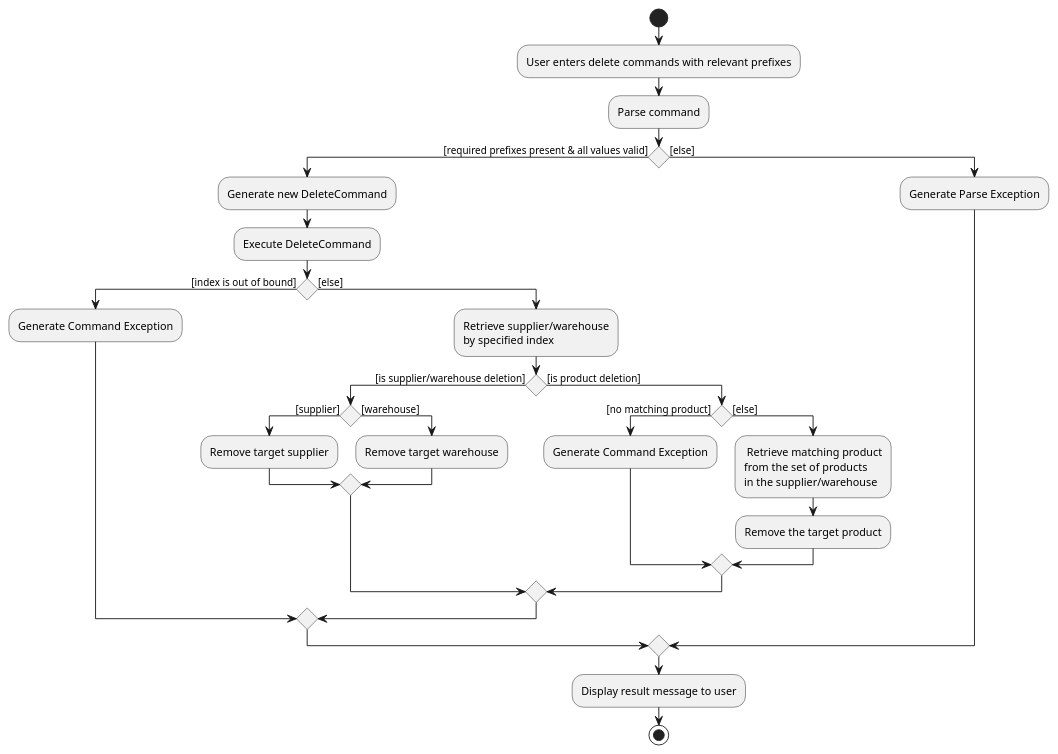
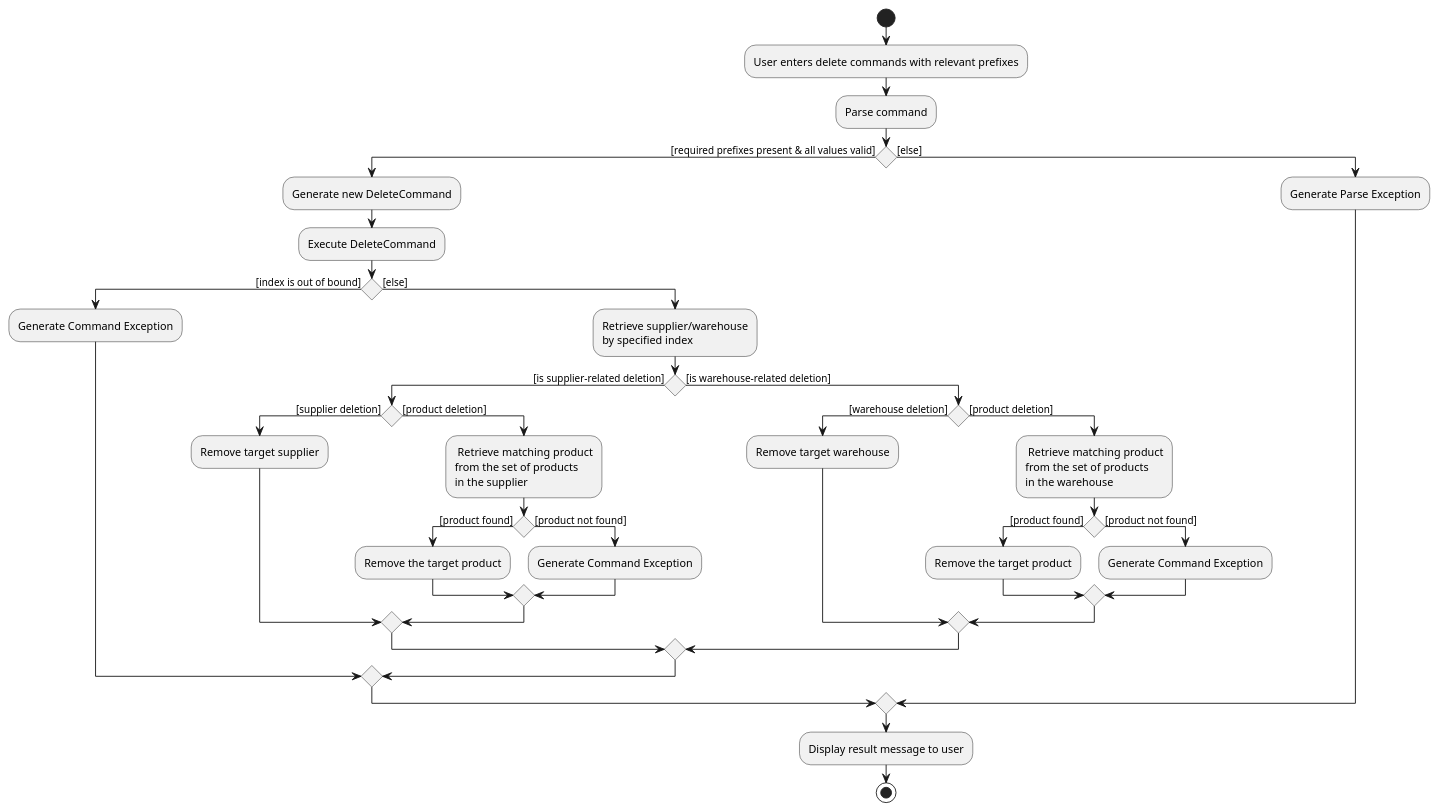
The diagram in docs/diagrams/DeleteCommandActivityDiagram.puml (tohyuting/tp), drawn with PlantUML before and after one commit. The commit also changed 4 other files, not shown here.

Commit message:
Update deleteCommand activity diagram

```diff
--- a/docs/diagrams/DeleteCommandActivityDiagram.puml
+++ b/docs/diagrams/DeleteCommandActivityDiagram.puml
@@ -1,40 +1,51 @@
 @startuml
 start
 :User enters delete commands with relevant prefixes;
 :Parse command;
 
 'Since the beta syntax does not support placing the condition outside the
 'diamond we place it as the true branch instead.
 
 if () then ([required prefixes present & all values valid])
     :Generate new DeleteCommand;
     :Execute DeleteCommand;
     if () then ([index is out of bound])
         :Generate Command Exception;
 
     else ([else])
         :Retrieve supplier/warehouse
         by specified index;
-        if () then ([is supplier/warehouse deletion])
-            if () then([supplier])
+        if () then ([is supplier-related deletion])
+            if () then([supplier deletion])
             :Remove target supplier;
-            else ([warehouse])
+            else ([product deletion])
+            : Retrieve matching product
+            from the set of products
+            in the supplier;
+                if () then([product found])
+                :Remove the target product;
+                else ([product not found])
+                :Generate Command Exception;
+                endif
+            endif
+        else ([is warehouse-related deletion])
+            if () then([warehouse deletion])
             :Remove target warehouse;
-            endif
-        else ([is product deletion])
-            if () then ([no matching product])
+            else ([product deletion])
+            : Retrieve matching product
+            from the set of products
+            in the warehouse;
+                if () then([product found])
+                :Remove the target product;
+                else ([product not found])
                 :Generate Command Exception;
-            else ([else])
-                : Retrieve matching product
-                from the set of products
-                in the supplier/warehouse;
-                :Remove the target product;
+                endif
             endif
         endif
     endif
 else ([else])
     :Generate Parse Exception;
 endif
 :Display result message to user;
 stop
 @enduml
```
